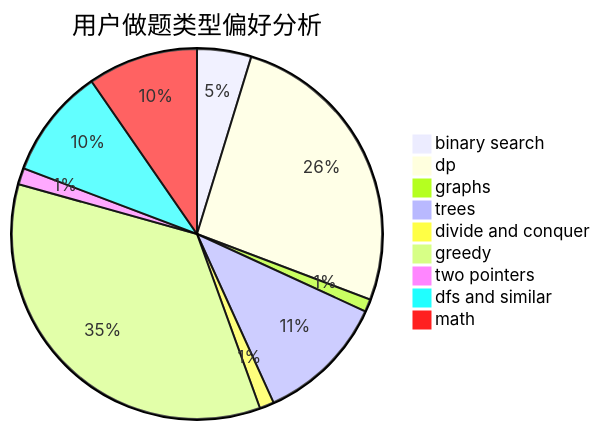
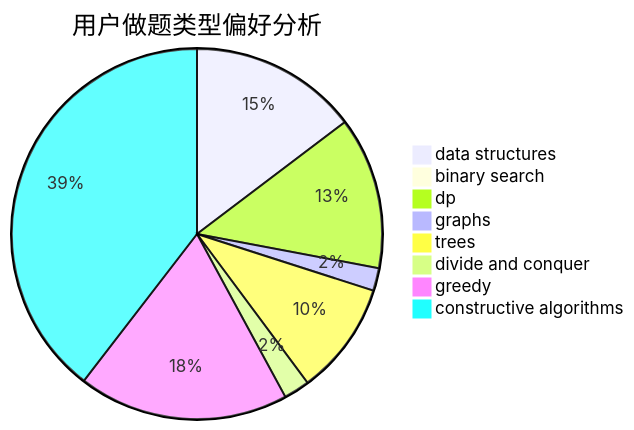
Before and after one commit to sherpahu/cfrs.github.io: the second of 3 diagrams in docs/user/u2208.md, drawn with Mermaid. The commit also changed other lines of this file and 2775 other files, not shown here.

````diff
--- a/docs/user/u2208.md
+++ b/docs/user/u2208.md
@@ -23,12 +23,11 @@
 ```mermaid
 pie title 用户做题类型偏好分析
-    "binary search" :  30
-    "dp" :  165
+    "data structures" :  52
+    "binary search" :  1
+    "dp" :  47
     "graphs" :  7
-    "trees" :  72
+    "trees" :  35
     "divide and conquer" :  8
-    "greedy" :  221
-    "two pointers" :  9
-    "dfs and similar" :  61
-    "math" :  61
+    "greedy" :  65
+    "constructive algorithms" :  140
 ```
````
